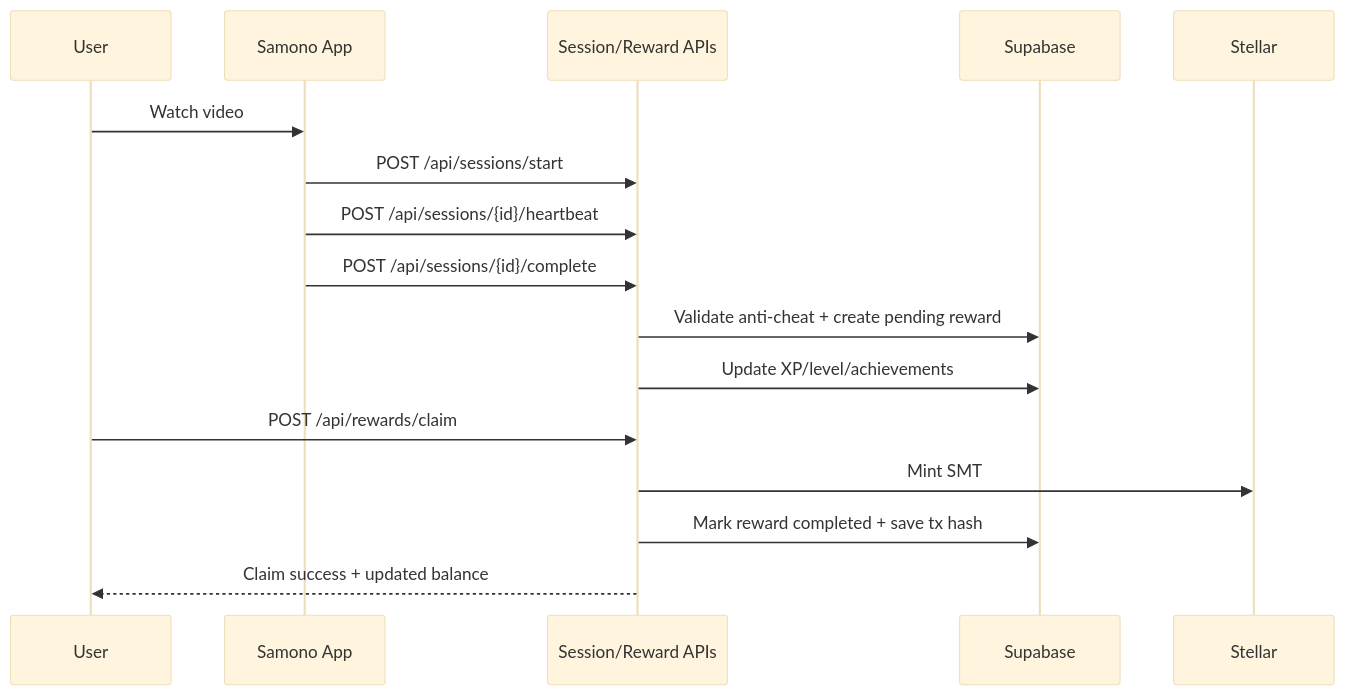
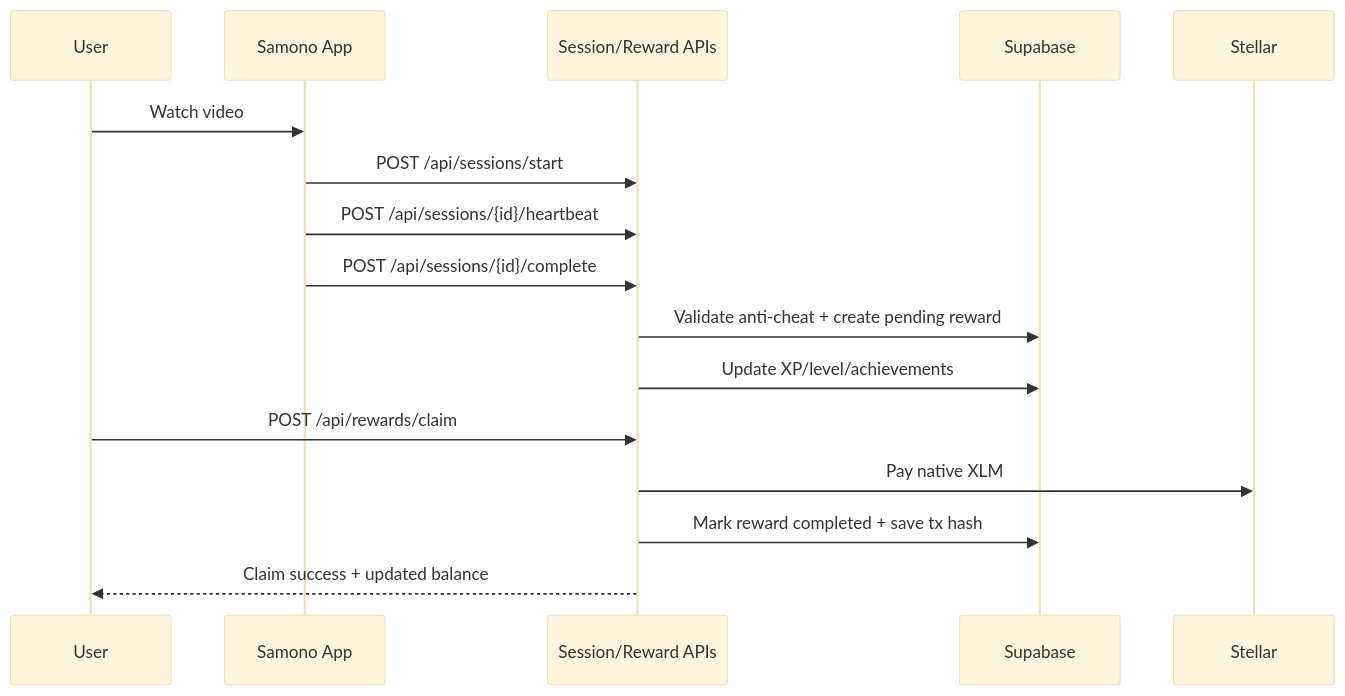
Before and after one commit to artomily/samono: the fourth of 4 diagrams in README.md, drawn with Mermaid (base theme). The commit also changed other lines of this file and 34 other files, not shown here.

First line of the commit message:
refactor: replace SMT with XLM across the application

````diff
--- a/README.md
+++ b/README.md
@@ -133,19 +133,19 @@
 ```mermaid
 sequenceDiagram
 	participant User
 	participant App as Samono App
 	participant API as Session/Reward APIs
 	participant DB as Supabase
 	participant Chain as Stellar
 
 	User->>App: Watch video
 	App->>API: POST /api/sessions/start
 	App->>API: POST /api/sessions/{id}/heartbeat
 	App->>API: POST /api/sessions/{id}/complete
 	API->>DB: Validate anti-cheat + create pending reward
 	API->>DB: Update XP/level/achievements
 	User->>API: POST /api/rewards/claim
-	API->>Chain: Mint SMT
+	API->>Chain: Pay native XLM
 	API->>DB: Mark reward completed + save tx hash
 	API-->>User: Claim success + updated balance
 ```
````
